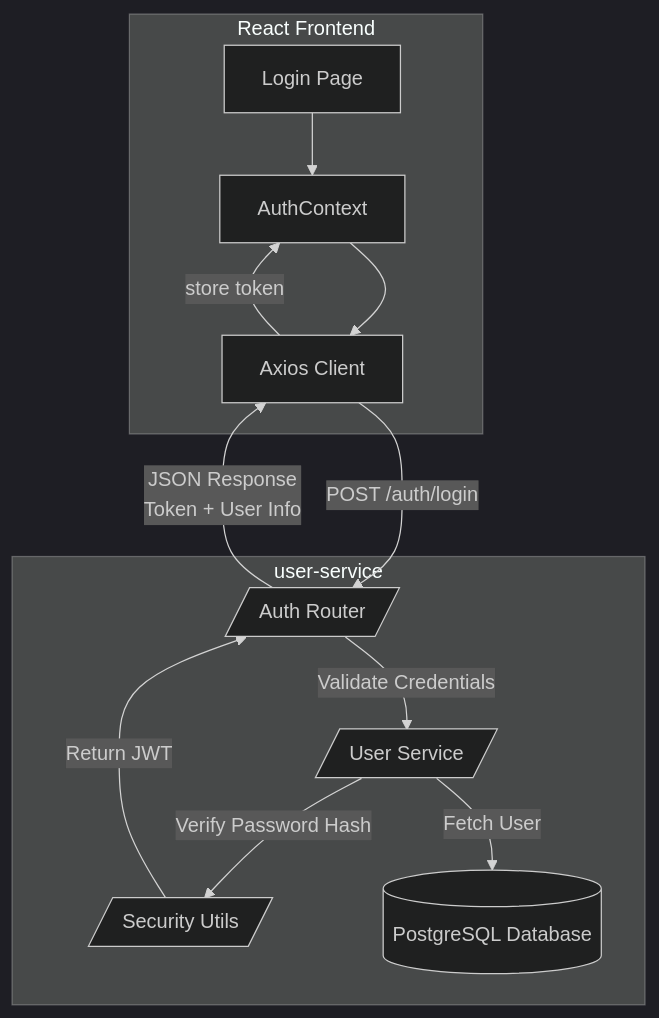
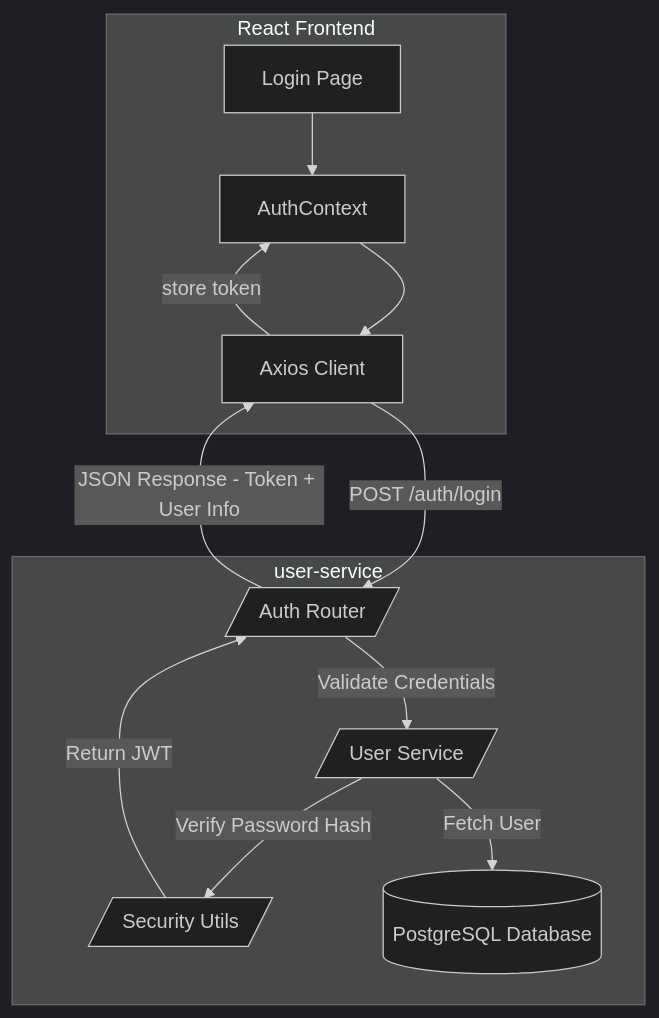
One commit to meghnanag2/electrohub-marketplace changed the second of 4 diagrams in README.md. Above: the diagram before and after it, drawn with Mermaid (dark theme). The commit also changed other lines of this file, not shown here.

````diff
--- a/README.md
+++ b/README.md
@@ -206,22 +169,22 @@
 ```mermaid
 graph TD;
     subgraph Frontend [React Frontend]
         A[Login Page] --> B[AuthContext]
         B --> C[Axios Client]
     end
 
     subgraph Backend [user-service]
         D[/Auth Router/]
         E[/User Service/]
         F[/Security Utils/]
         G[(PostgreSQL Database)]
     end
 
     C -->|POST /auth/login| D
     D -->|Validate Credentials| E
     E -->|Verify Password Hash| F
     E -->|Fetch User| G
     F -->|Return JWT| D
-    D -->|JSON Response<br/>Token + User Info| C
+    D -->|JSON Response - Token + User Info| C
     C -->|store token| B
 ```
````
